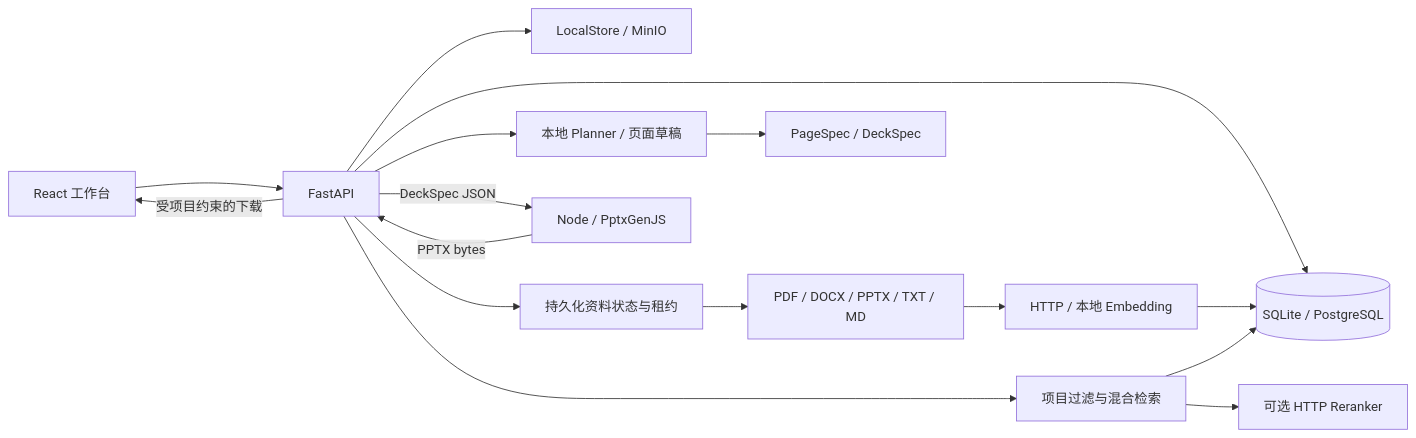
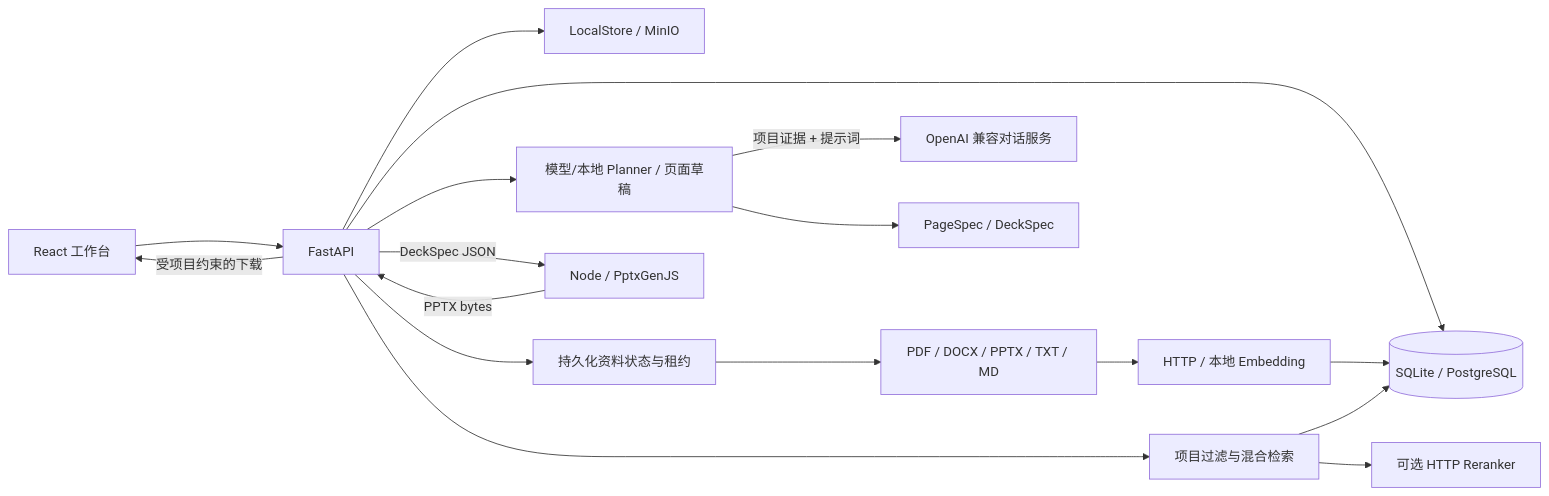
The diagram in docs/architecture.md (Uluoyu/SlideMind), drawn with Mermaid before and after one commit. The commit also changed other lines of this file and 25 other files, not shown here.

````diff
--- a/docs/architecture.md
+++ b/docs/architecture.md
@@ -5,18 +5,19 @@
 ```mermaid
 flowchart LR
   Web[React 工作台] --> API[FastAPI]
   API --> DB[(SQLite / PostgreSQL)]
   API --> Store[LocalStore / MinIO]
   API --> Queue[持久化资料状态与租约]
   Queue --> Parser[PDF / DOCX / PPTX / TXT / MD]
   Parser --> Embedding[HTTP / 本地 Embedding]
   Embedding --> DB
   API --> Search[项目过滤与混合检索]
   Search --> DB
   Search --> Reranker[可选 HTTP Reranker]
-  API --> Agent[本地 Planner / 页面草稿]
+  API --> Agent[模型/本地 Planner / 页面草稿]
+  Agent -->|项目证据 + 提示词| Chat[OpenAI 兼容对话服务]
   Agent --> JSON[PageSpec / DeckSpec]
   API -->|DeckSpec JSON| Renderer[Node / PptxGenJS]
   Renderer -->|PPTX bytes| API
   API -->|受项目约束的下载| Web
 ```
````
